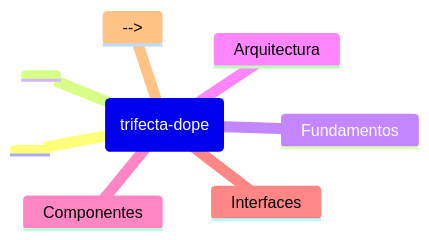
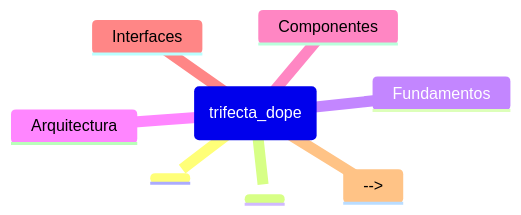
One commit to fegome90-cmd/trifecta_dope changed the diagram in _ctx/prime_trifecta_dope.md. Above: the diagram before and after it, drawn with Mermaid. The commit also changed other lines of this file and 28 other files, not shown here.

````diff
--- a/_ctx/prime_trifecta_dope.md
+++ b/_ctx/prime_trifecta_dope.md
@@ -33,11 +44,11 @@
 ```mermaid
 mindmap
-  root(trifecta-dope)
+  root(trifecta_dope)
     <!-- Agregar conceptos clave del segmento -->
     <!-- Ejemplo:
     Fundamentos
     Arquitectura
     Componentes
     Interfaces
     -->
 ```
````
